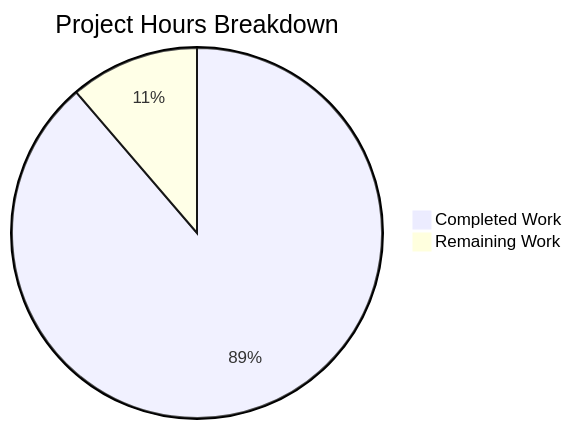
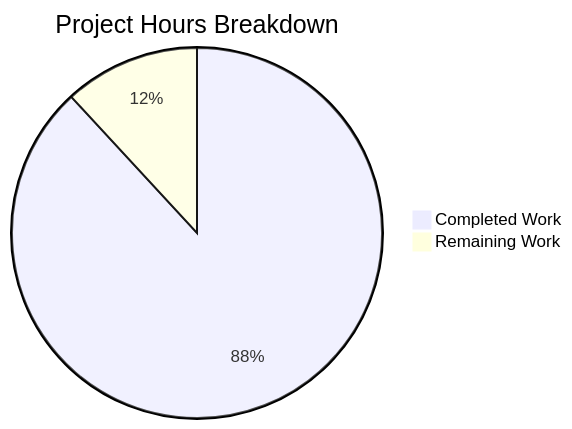
Before and after one commit to Blitzy-Sandbox/blitzy-bluez: the second of 2 diagrams in blitzy/documentation/Project Guide.md, drawn with Mermaid. The commit also changed other lines of this file, not shown here.

Commit message:
Adding Blitzy Project Guide: Project Status and Human Tasks Remaining

````diff
--- a/blitzy/documentation/Project Guide.md
+++ b/blitzy/documentation/Project Guide.md
@@ -210,5 +252,5 @@
 ```mermaid
 pie title Project Hours Breakdown
-    "Completed Work" : 1132
-    "Remaining Work" : 144
+    "Completed Work" : 1560
+    "Remaining Work" : 210
 ```
````
